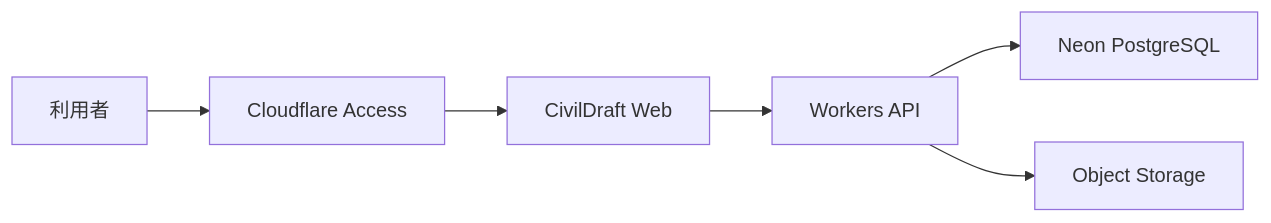
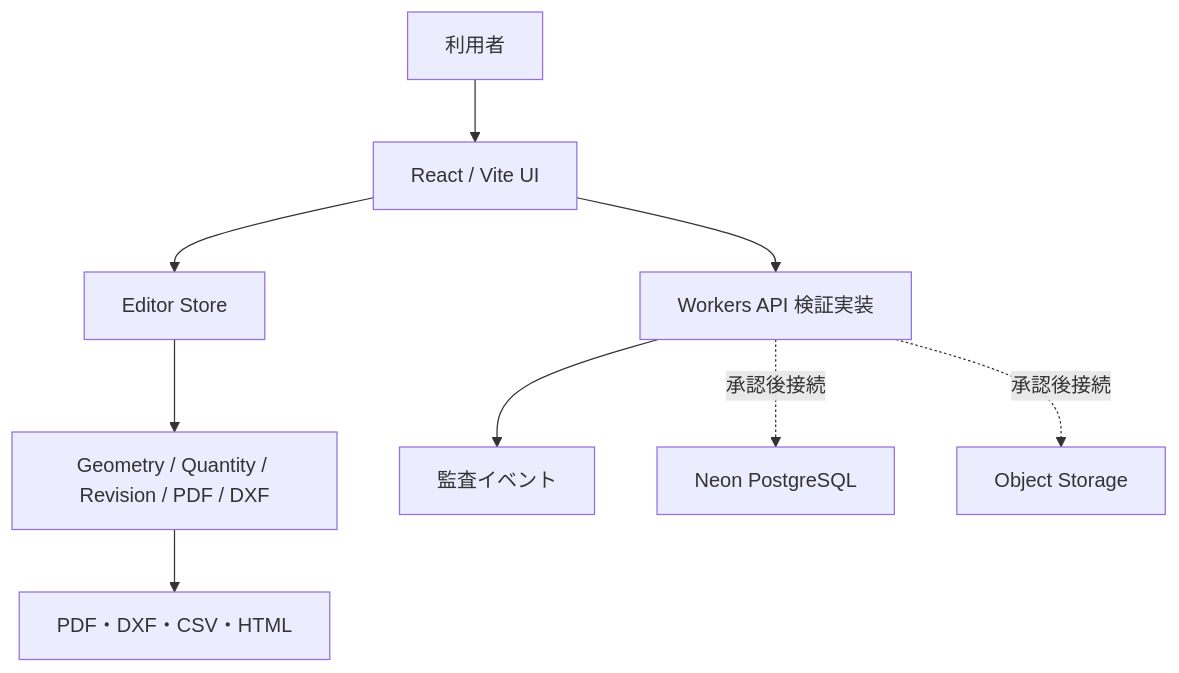
The second of 2 diagrams in README.md (Kensan196948G/CivilDraft-Web-CAD), drawn with Mermaid before and after one commit. The commit also changed other lines of this file and 54 other files, not shown here.

Commit message:
feat: complete CivilDraft release-ready UI and audit gates

````diff
--- a/README.md
+++ b/README.md
@@ -427,8 +39,11 @@
 ```mermaid
-flowchart LR
-    U["利用者"] --> A["Cloudflare Access"]
-    A --> W["CivilDraft Web"]
-    W --> API["Workers API"]
-    API --> N["Neon PostgreSQL"]
-    API --> O["Object Storage"]
+flowchart TD
+  User["利用者"] --> UI["React / Vite UI"]
+  UI --> Store["Editor Store"]
+  Store --> Domain["Geometry / Quantity / Revision / PDF / DXF"]
+  Domain --> Export["PDF・DXF・CSV・HTML"]
+  UI --> Worker["Workers API 検証実装"]
+  Worker --> Audit["監査イベント"]
+  Worker -.承認後接続.-> Neon["Neon PostgreSQL"]
+  Worker -.承認後接続.-> ObjectStorage["Object Storage"]
 ```
````
